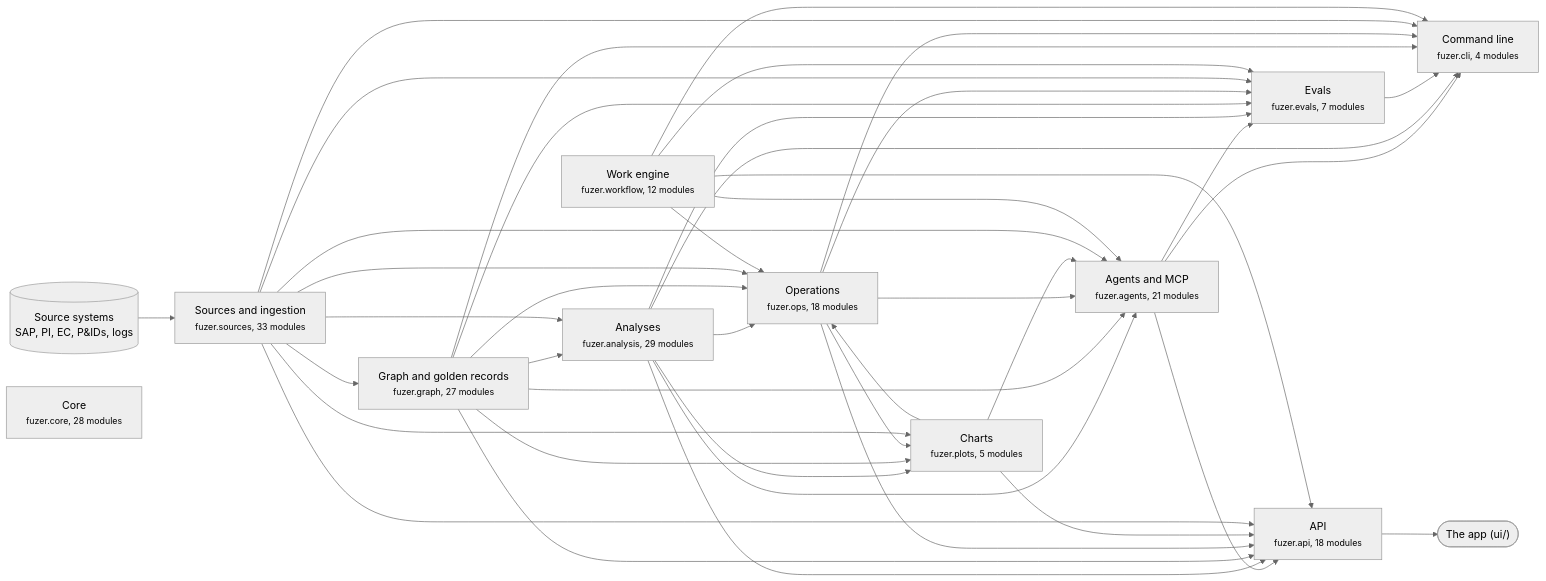
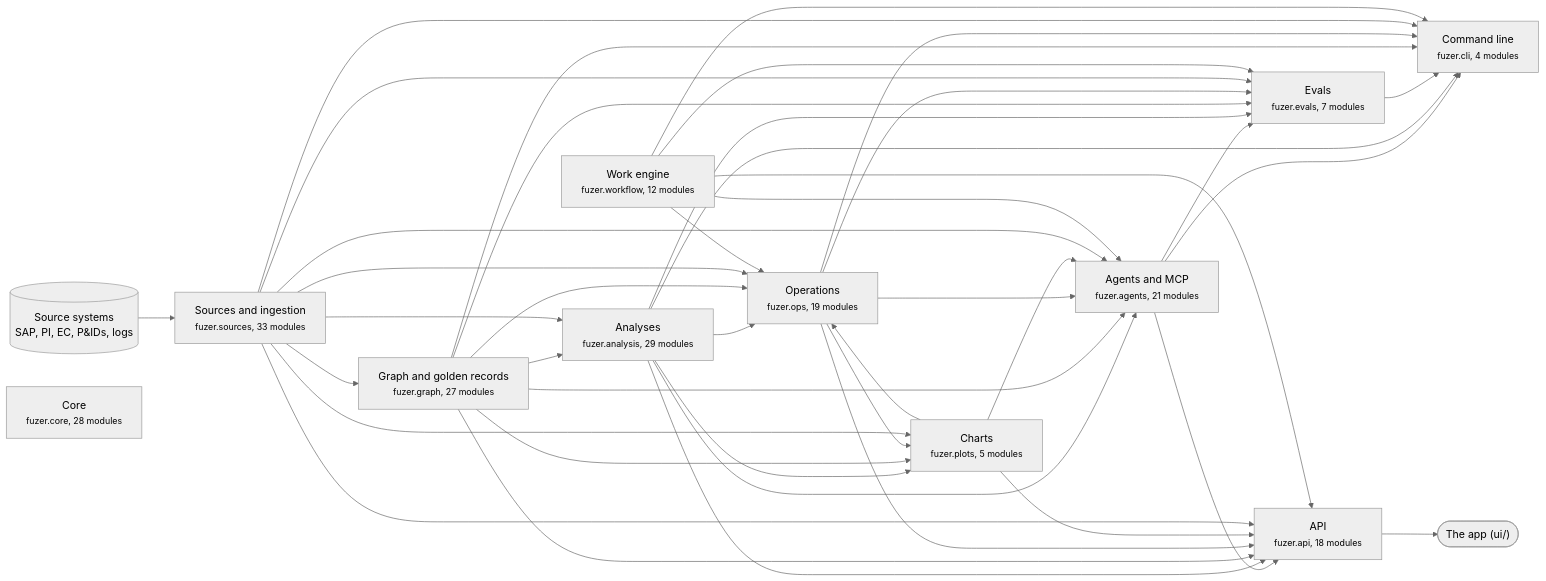
One commit to areed145/fuzer changed the first of 3 diagrams in docs/architecture.md. Above: the diagram before and after it, drawn with Mermaid (neutral theme). The commit also changed other lines of this file and 9 other files, not shown here.

````diff
--- a/docs/architecture.md
+++ b/docs/architecture.md
@@ -8,66 +8,66 @@
 ```mermaid
 flowchart LR
   systems[("Source systems<br>SAP, PI, EC, P&IDs, logs")] --> c_sources
   app(["The app (ui/)"])
   c_api --> app
   c_sources["Sources and ingestion<br><small>fuzer.sources, 33 modules</small>"]
   c_graph["Graph and golden records<br><small>fuzer.graph, 27 modules</small>"]
   c_analysis["Analyses<br><small>fuzer.analysis, 29 modules</small>"]
-  c_ops["Operations<br><small>fuzer.ops, 18 modules</small>"]
+  c_ops["Operations<br><small>fuzer.ops, 19 modules</small>"]
   c_plots["Charts<br><small>fuzer.plots, 5 modules</small>"]
   c_workflow["Work engine<br><small>fuzer.workflow, 12 modules</small>"]
   c_agents["Agents and MCP<br><small>fuzer.agents, 21 modules</small>"]
   c_evals["Evals<br><small>fuzer.evals, 7 modules</small>"]
   c_api["API<br><small>fuzer.api, 18 modules</small>"]
   c_cli["Command line<br><small>fuzer.cli, 4 modules</small>"]
   c_core["Core<br><small>fuzer.core, 28 modules</small>"]
   c_sources --> c_graph
   c_graph --> c_analysis
   c_sources --> c_analysis
   c_analysis --> c_ops
   c_graph --> c_ops
   c_plots --> c_ops
   c_sources --> c_ops
   c_workflow --> c_ops
   c_analysis --> c_plots
   c_graph --> c_plots
   c_ops --> c_plots
   c_sources --> c_plots
   c_analysis --> c_agents
   c_graph --> c_agents
   c_ops --> c_agents
   c_plots --> c_agents
   c_sources --> c_agents
   c_workflow --> c_agents
   c_agents --> c_evals
   c_analysis --> c_evals
   c_graph --> c_evals
   c_ops --> c_evals
   c_sources --> c_evals
   c_workflow --> c_evals
   c_agents --> c_api
   c_analysis --> c_api
   c_graph --> c_api
   c_ops --> c_api
   c_plots --> c_api
   c_sources --> c_api
   c_workflow --> c_api
   c_agents --> c_cli
   c_analysis --> c_cli
   c_evals --> c_cli
   c_graph --> c_cli
   c_ops --> c_cli
   c_sources --> c_cli
   c_workflow --> c_cli
   click c_sources "https://github.com/areed145/fuzer/tree/main/src/fuzer/sources"
   click c_graph "https://github.com/areed145/fuzer/tree/main/src/fuzer/graph"
   click c_analysis "https://github.com/areed145/fuzer/tree/main/src/fuzer/analysis"
   click c_ops "https://github.com/areed145/fuzer/tree/main/src/fuzer/ops"
   click c_plots "https://github.com/areed145/fuzer/tree/main/src/fuzer/plots"
   click c_workflow "https://github.com/areed145/fuzer/tree/main/src/fuzer/workflow"
   click c_agents "https://github.com/areed145/fuzer/tree/main/src/fuzer/agents"
   click c_evals "https://github.com/areed145/fuzer/tree/main/src/fuzer/evals"
   click c_api "https://github.com/areed145/fuzer/tree/main/src/fuzer/api"
   click c_cli "https://github.com/areed145/fuzer/tree/main/src/fuzer/cli"
   click c_core "https://github.com/areed145/fuzer/tree/main/src/fuzer/core"
 ```
````
